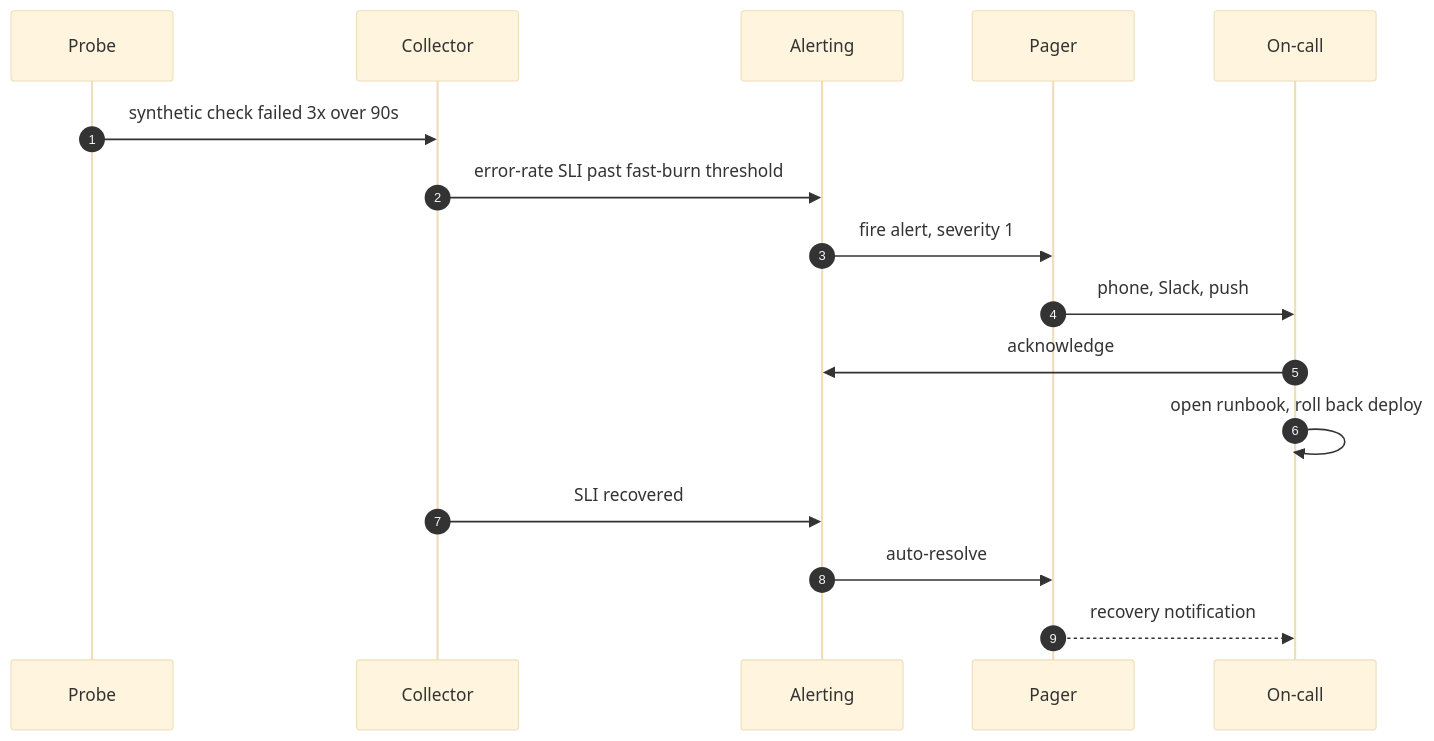
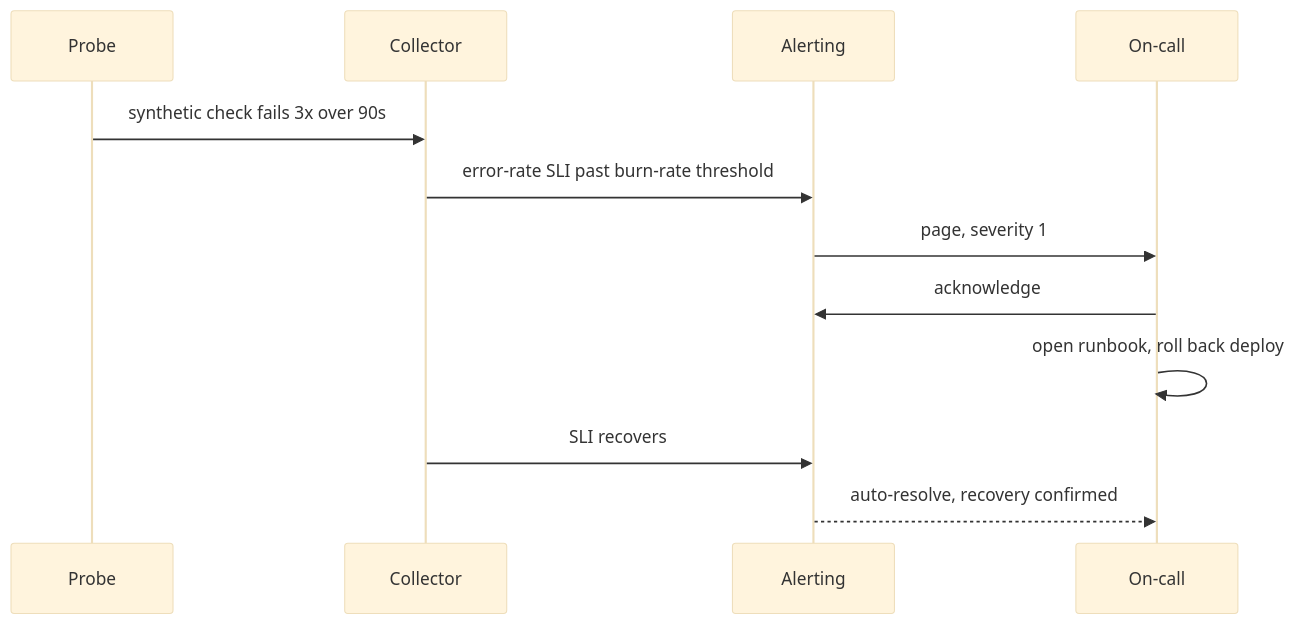
The second of 3 diagrams in content/blog/monitoring-outages-sre.md (hrushik98/hrushik.com), drawn with Mermaid (base theme) before and after one commit. The commit also changed other lines of this file, not shown here.

First line of the commit message:
content: fix monitoring-outages diagrams - drop blank-rendering stateDiagram, tighten sequence

````diff
--- a/content/blog/monitoring-outages-sre.md
+++ b/content/blog/monitoring-outages-sre.md
@@ -193,18 +193,14 @@
 ```mermaid
 sequenceDiagram
-    autonumber
     participant P as Probe
     participant C as Collector
     participant A as Alerting
-    participant D as Pager
     participant E as On-call
-    P->>C: synthetic check failed 3x over 90s
-    C->>A: error-rate SLI past fast-burn threshold
-    A->>D: fire alert, severity 1
-    D->>E: phone, Slack, push
+    P->>C: synthetic check fails 3x over 90s
+    C->>A: error-rate SLI past burn-rate threshold
+    A->>E: page, severity 1
     E->>A: acknowledge
     E->>E: open runbook, roll back deploy
-    C->>A: SLI recovered
-    A->>D: auto-resolve
-    D-->>E: recovery notification
+    C->>A: SLI recovers
+    A-->>E: auto-resolve, recovery confirmed
 ```
````
